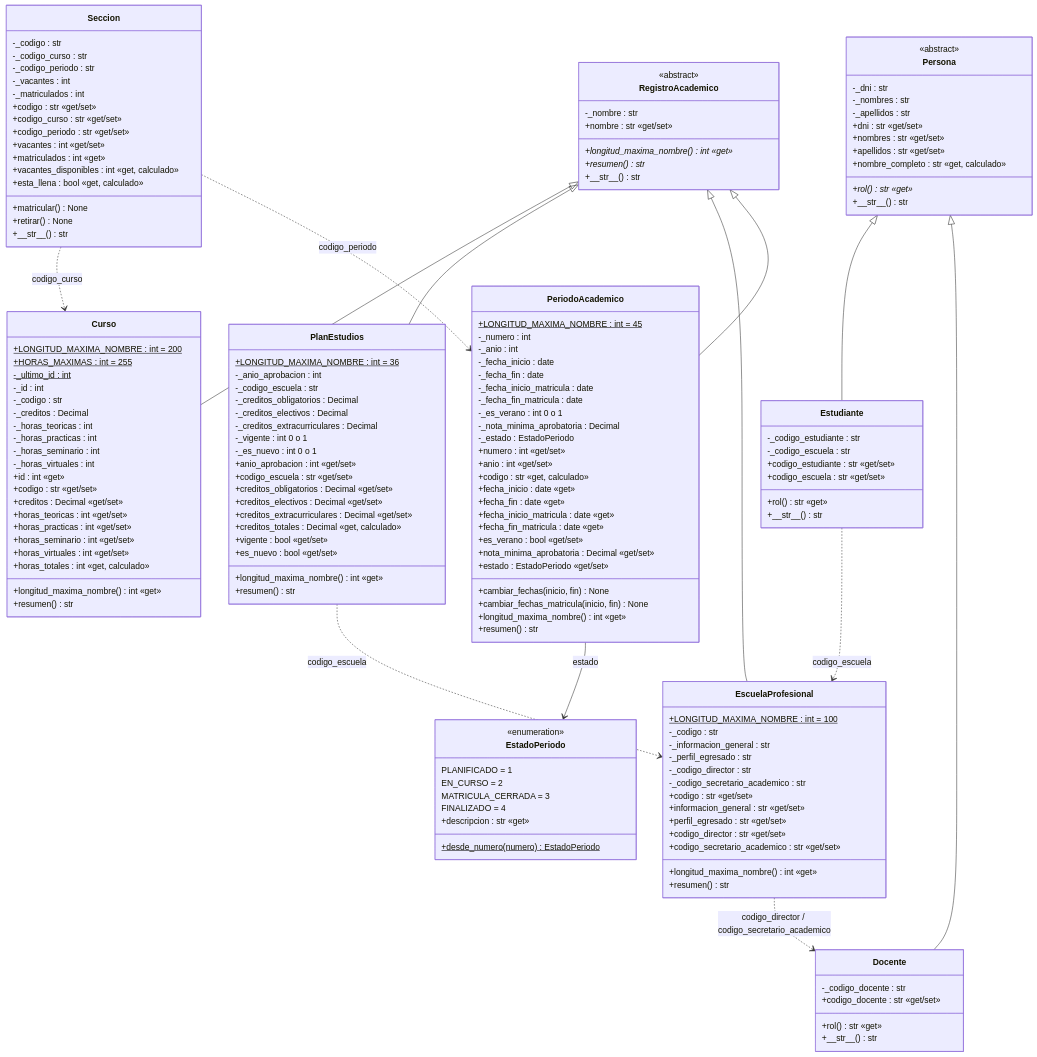
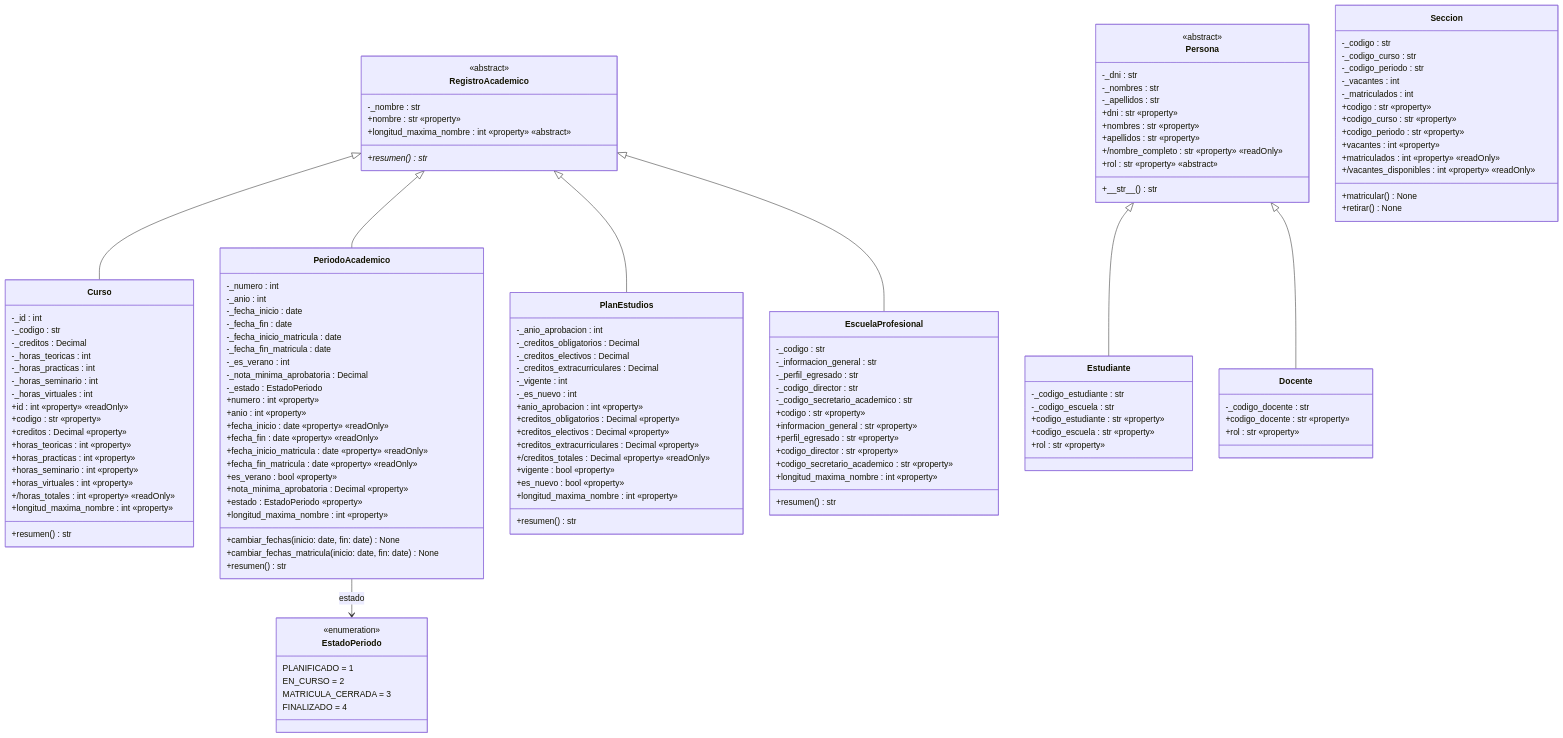
The diagram in docs/uml/diagrama_clases.mmd (Roki-7/caso-oti), drawn with Mermaid before and after one commit. The commit also changed 21 other files, not shown here.

First line of the commit message:
Ajusta diagrama, código y documentación solo a lo que indica el caso

```diff
--- a/docs/uml/diagrama_clases.mmd
+++ b/docs/uml/diagrama_clases.mmd
@@ -1,169 +1,147 @@
 classDiagram
     direction TB
 
     class RegistroAcademico {
         <<abstract>>
         -_nombre : str
-        +nombre : str «get/set»
-        +longitud_maxima_nombre()* int «get»
+        +nombre : str «property»
+        +longitud_maxima_nombre : int «property» «abstract»
         +resumen()* str
-        +#95;#95;str#95;#95;() str
     }
 
     class Curso {
-        +LONGITUD_MAXIMA_NOMBRE : int = 200$
-        +HORAS_MAXIMAS : int = 255$
-        -_ultimo_id : int$
         -_id : int
         -_codigo : str
         -_creditos : Decimal
         -_horas_teoricas : int
         -_horas_practicas : int
         -_horas_seminario : int
         -_horas_virtuales : int
-        +id : int «get»
-        +codigo : str «get/set»
-        +creditos : Decimal «get/set»
-        +horas_teoricas : int «get/set»
-        +horas_practicas : int «get/set»
-        +horas_seminario : int «get/set»
-        +horas_virtuales : int «get/set»
-        +horas_totales : int «get, calculado»
-        +longitud_maxima_nombre() int «get»
-        +resumen() str
-    }
-
-    class PlanEstudios {
-        +LONGITUD_MAXIMA_NOMBRE : int = 36$
-        -_anio_aprobacion : int
-        -_codigo_escuela : str
-        -_creditos_obligatorios : Decimal
-        -_creditos_electivos : Decimal
-        -_creditos_extracurriculares : Decimal
-        -_vigente : int 0 o 1
-        -_es_nuevo : int 0 o 1
-        +anio_aprobacion : int «get/set»
-        +codigo_escuela : str «get/set»
-        +creditos_obligatorios : Decimal «get/set»
-        +creditos_electivos : Decimal «get/set»
-        +creditos_extracurriculares : Decimal «get/set»
-        +creditos_totales : Decimal «get, calculado»
-        +vigente : bool «get/set»
-        +es_nuevo : bool «get/set»
-        +longitud_maxima_nombre() int «get»
-        +resumen() str
-    }
-
-    class EscuelaProfesional {
-        +LONGITUD_MAXIMA_NOMBRE : int = 100$
-        -_codigo : str
-        -_informacion_general : str
-        -_perfil_egresado : str
-        -_codigo_director : str
-        -_codigo_secretario_academico : str
-        +codigo : str «get/set»
-        +informacion_general : str «get/set»
-        +perfil_egresado : str «get/set»
-        +codigo_director : str «get/set»
-        +codigo_secretario_academico : str «get/set»
-        +longitud_maxima_nombre() int «get»
+        +id : int «property» «readOnly»
+        +codigo : str «property»
+        +creditos : Decimal «property»
+        +horas_teoricas : int «property»
+        +horas_practicas : int «property»
+        +horas_seminario : int «property»
+        +horas_virtuales : int «property»
+        +/horas_totales : int «property» «readOnly»
+        +longitud_maxima_nombre : int «property»
         +resumen() str
     }
 
     class PeriodoAcademico {
-        +LONGITUD_MAXIMA_NOMBRE : int = 45$
         -_numero : int
         -_anio : int
         -_fecha_inicio : date
         -_fecha_fin : date
         -_fecha_inicio_matricula : date
         -_fecha_fin_matricula : date
-        -_es_verano : int 0 o 1
+        -_es_verano : int
         -_nota_minima_aprobatoria : Decimal
         -_estado : EstadoPeriodo
-        +numero : int «get/set»
-        +anio : int «get/set»
-        +codigo : str «get, calculado»
-        +fecha_inicio : date «get»
-        +fecha_fin : date «get»
-        +fecha_inicio_matricula : date «get»
-        +fecha_fin_matricula : date «get»
-        +es_verano : bool «get/set»
-        +nota_minima_aprobatoria : Decimal «get/set»
-        +estado : EstadoPeriodo «get/set»
-        +cambiar_fechas(inicio, fin) None
-        +cambiar_fechas_matricula(inicio, fin) None
-        +longitud_maxima_nombre() int «get»
+        +numero : int «property»
+        +anio : int «property»
+        +fecha_inicio : date «property» «readOnly»
+        +fecha_fin : date «property» «readOnly»
+        +fecha_inicio_matricula : date «property» «readOnly»
+        +fecha_fin_matricula : date «property» «readOnly»
+        +es_verano : bool «property»
+        +nota_minima_aprobatoria : Decimal «property»
+        +estado : EstadoPeriodo «property»
+        +longitud_maxima_nombre : int «property»
+        +cambiar_fechas(inicio: date, fin: date) None
+        +cambiar_fechas_matricula(inicio: date, fin: date) None
         +resumen() str
+    }
+
+    class PlanEstudios {
+        -_anio_aprobacion : int
+        -_creditos_obligatorios : Decimal
+        -_creditos_electivos : Decimal
+        -_creditos_extracurriculares : Decimal
+        -_vigente : int
+        -_es_nuevo : int
+        +anio_aprobacion : int «property»
+        +creditos_obligatorios : Decimal «property»
+        +creditos_electivos : Decimal «property»
+        +creditos_extracurriculares : Decimal «property»
+        +/creditos_totales : Decimal «property» «readOnly»
+        +vigente : bool «property»
+        +es_nuevo : bool «property»
+        +longitud_maxima_nombre : int «property»
+        +resumen() str
+    }
+
+    class EscuelaProfesional {
+        -_codigo : str
+        -_informacion_general : str
+        -_perfil_egresado : str
+        -_codigo_director : str
+        -_codigo_secretario_academico : str
+        +codigo : str «property»
+        +informacion_general : str «property»
+        +perfil_egresado : str «property»
+        +codigo_director : str «property»
+        +codigo_secretario_academico : str «property»
+        +longitud_maxima_nombre : int «property»
+        +resumen() str
+    }
+
+    class Persona {
+        <<abstract>>
+        -_dni : str
+        -_nombres : str
+        -_apellidos : str
+        +dni : str «property»
+        +nombres : str «property»
+        +apellidos : str «property»
+        +/nombre_completo : str «property» «readOnly»
+        +rol : str «property» «abstract»
+        +#95;#95;str#95;#95;() str
+    }
+
+    class Estudiante {
+        -_codigo_estudiante : str
+        -_codigo_escuela : str
+        +codigo_estudiante : str «property»
+        +codigo_escuela : str «property»
+        +rol : str «property»
+    }
+
+    class Docente {
+        -_codigo_docente : str
+        +codigo_docente : str «property»
+        +rol : str «property»
+    }
+
+    class Seccion {
+        -_codigo : str
+        -_codigo_curso : str
+        -_codigo_periodo : str
+        -_vacantes : int
+        -_matriculados : int
+        +codigo : str «property»
+        +codigo_curso : str «property»
+        +codigo_periodo : str «property»
+        +vacantes : int «property»
+        +matriculados : int «property» «readOnly»
+        +/vacantes_disponibles : int «property» «readOnly»
+        +matricular() None
+        +retirar() None
     }
 
     class EstadoPeriodo {
         <<enumeration>>
         PLANIFICADO = 1
         EN_CURSO = 2
         MATRICULA_CERRADA = 3
         FINALIZADO = 4
-        +descripcion : str «get»
-        +desde_numero(numero)$ EstadoPeriodo
-    }
-
-    class Seccion {
-        -_codigo : str
-        -_codigo_curso : str
-        -_codigo_periodo : str
-        -_vacantes : int
-        -_matriculados : int
-        +codigo : str «get/set»
-        +codigo_curso : str «get/set»
-        +codigo_periodo : str «get/set»
-        +vacantes : int «get/set»
-        +matriculados : int «get»
-        +vacantes_disponibles : int «get, calculado»
-        +esta_llena : bool «get, calculado»
-        +matricular() None
-        +retirar() None
-        +#95;#95;str#95;#95;() str
-    }
-
-    class Persona {
-        <<abstract>>
-        -_dni : str
-        -_nombres : str
-        -_apellidos : str
-        +dni : str «get/set»
-        +nombres : str «get/set»
-        +apellidos : str «get/set»
-        +nombre_completo : str «get, calculado»
-        +rol()* str «get»
-        +#95;#95;str#95;#95;() str
-    }
-
-    class Estudiante {
-        -_codigo_estudiante : str
-        -_codigo_escuela : str
-        +codigo_estudiante : str «get/set»
-        +codigo_escuela : str «get/set»
-        +rol() str «get»
-        +#95;#95;str#95;#95;() str
-    }
-
-    class Docente {
-        -_codigo_docente : str
-        +codigo_docente : str «get/set»
-        +rol() str «get»
-        +#95;#95;str#95;#95;() str
     }
 
     RegistroAcademico <|-- Curso
+    RegistroAcademico <|-- PeriodoAcademico
     RegistroAcademico <|-- PlanEstudios
     RegistroAcademico <|-- EscuelaProfesional
-    RegistroAcademico <|-- PeriodoAcademico
     Persona <|-- Estudiante
     Persona <|-- Docente
-
     PeriodoAcademico --> EstadoPeriodo : estado
-    Seccion ..> Curso : codigo_curso
-    Seccion ..> PeriodoAcademico : codigo_periodo
-    PlanEstudios ..> EscuelaProfesional : codigo_escuela
-    Estudiante ..> EscuelaProfesional : codigo_escuela
-    EscuelaProfesional ..> Docente : codigo_director / codigo_secretario_academico
```
